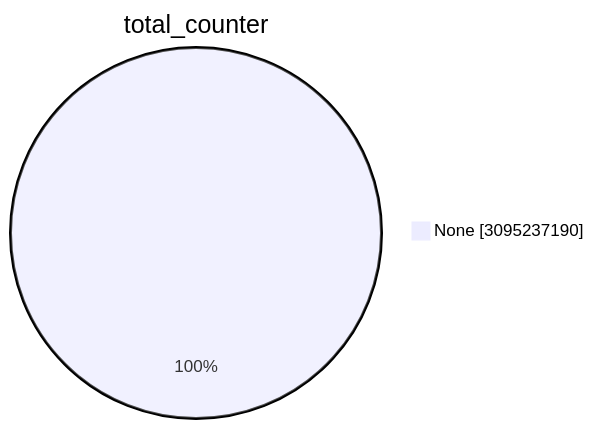
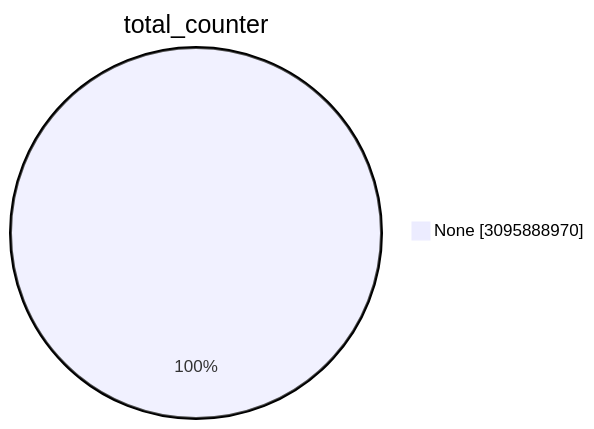
Before and after one commit to christiankrug/ctmonitor_visualization: the first of 15 diagrams in TOTAL/README.md, drawn with Mermaid. The commit also changed other lines of this file, not shown here.

````diff
--- a/TOTAL/README.md
+++ b/TOTAL/README.md
@@ -1,5 +1,5 @@
 ```mermaid
 pie showData
 title total_counter
-"None" :3095237190
+"None" :3095888970
 ```
````
